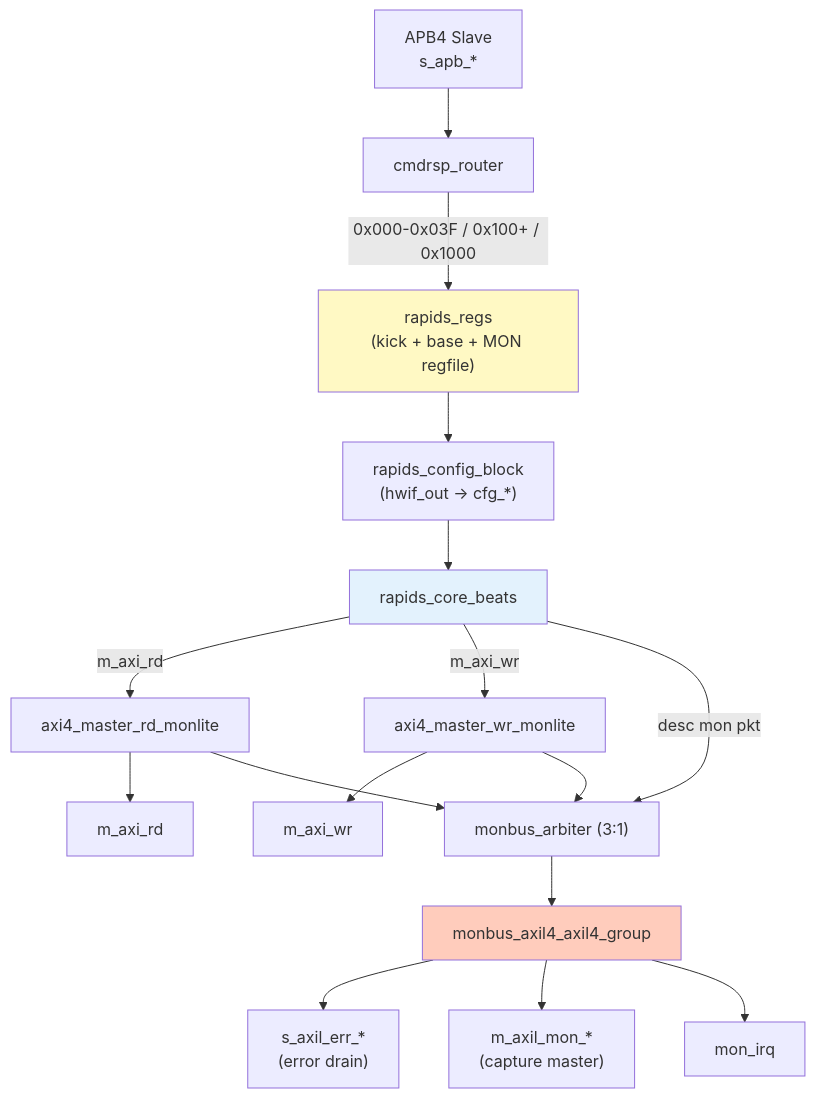
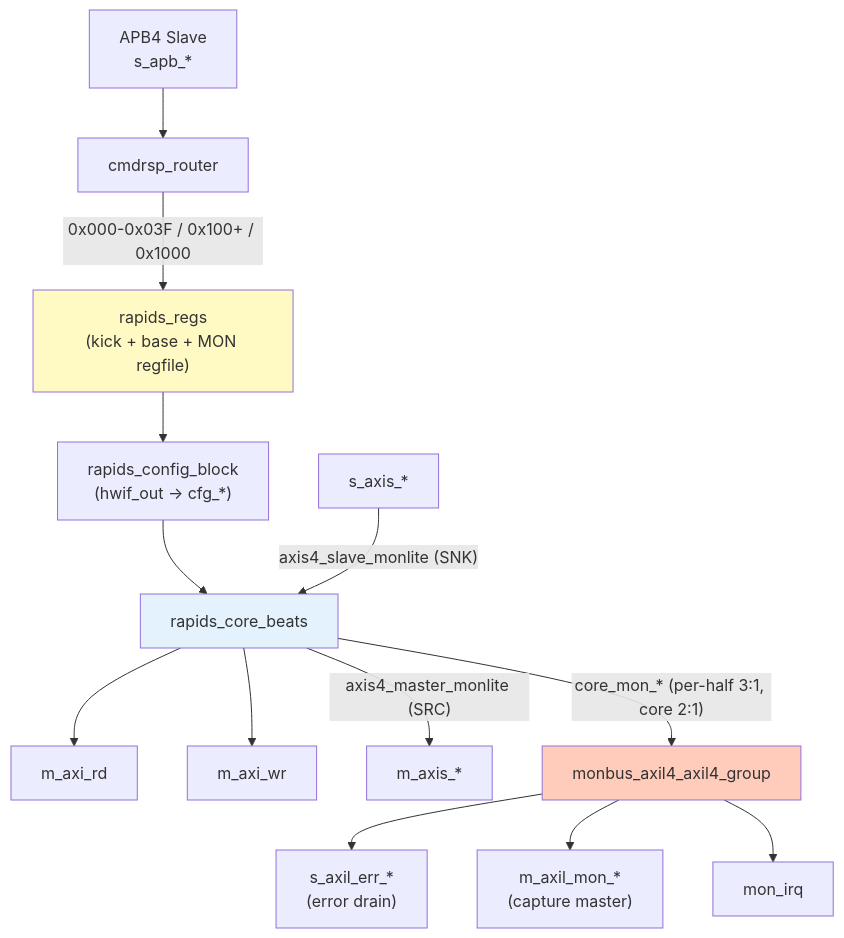
One commit to sean-galloway/RTLDesignSherpa changed the second of 2 diagrams in projects/components/dmas/rapids/docs/rapids_beats_has/ch02_architecture/01_block_diagram.md. Above: the diagram before and after it, drawn with Mermaid. The commit also changed other lines of this file and 32 other files, not shown here.

````diff
--- a/projects/components/dmas/rapids/docs/rapids_beats_has/ch02_architecture/01_block_diagram.md
+++ b/projects/components/dmas/rapids/docs/rapids_beats_has/ch02_architecture/01_block_diagram.md
@@ -106,24 +110,21 @@
 ```mermaid
 graph TB
     APB["APB4 Slave<br/>s_apb_*"] --> ROUTER["cmdrsp_router"]
     ROUTER -->|"0x000-0x03F / 0x100+ / 0x1000"| REGS["rapids_regs<br/>(kick + base + MON regfile)"]
     REGS --> CFG["rapids_config_block<br/>(hwif_out -> cfg_*)"]
     CFG --> CORE["rapids_core_beats"]
 
-    CORE -->|"m_axi_rd"| RDMON["axi4_master_rd_monlite"]
-    CORE -->|"m_axi_wr"| WRMON["axi4_master_wr_monlite"]
-    RDMON --> MRD["m_axi_rd"]
-    WRMON --> MWR["m_axi_wr"]
+    CORE --> MRD["m_axi_rd"]
+    CORE --> MWR["m_axi_wr"]
+    SAXIS["s_axis_*"] -->|"axis4_slave_monlite (SNK)"| CORE
+    CORE -->|"axis4_master_monlite (SRC)"| MAXIS["m_axis_*"]
 
-    CORE -->|"desc mon pkt"| ARB["monbus_arbiter (3:1)"]
-    RDMON --> ARB
-    WRMON --> ARB
-    ARB --> GRP["monbus_axil4_axil4_group"]
+    CORE -->|"core_mon_* (per-half 3:1, core 2:1)"| GRP["monbus_axil4_axil4_group"]
     GRP --> ERR["s_axil_err_*<br/>(error drain)"]
     GRP --> CAP["m_axil_mon_*<br/>(capture master)"]
     GRP --> IRQ["mon_irq"]
 
     style CORE fill:#e3f2fd
     style REGS fill:#fff9c4
     style GRP fill:#ffccbc
 ```
````
